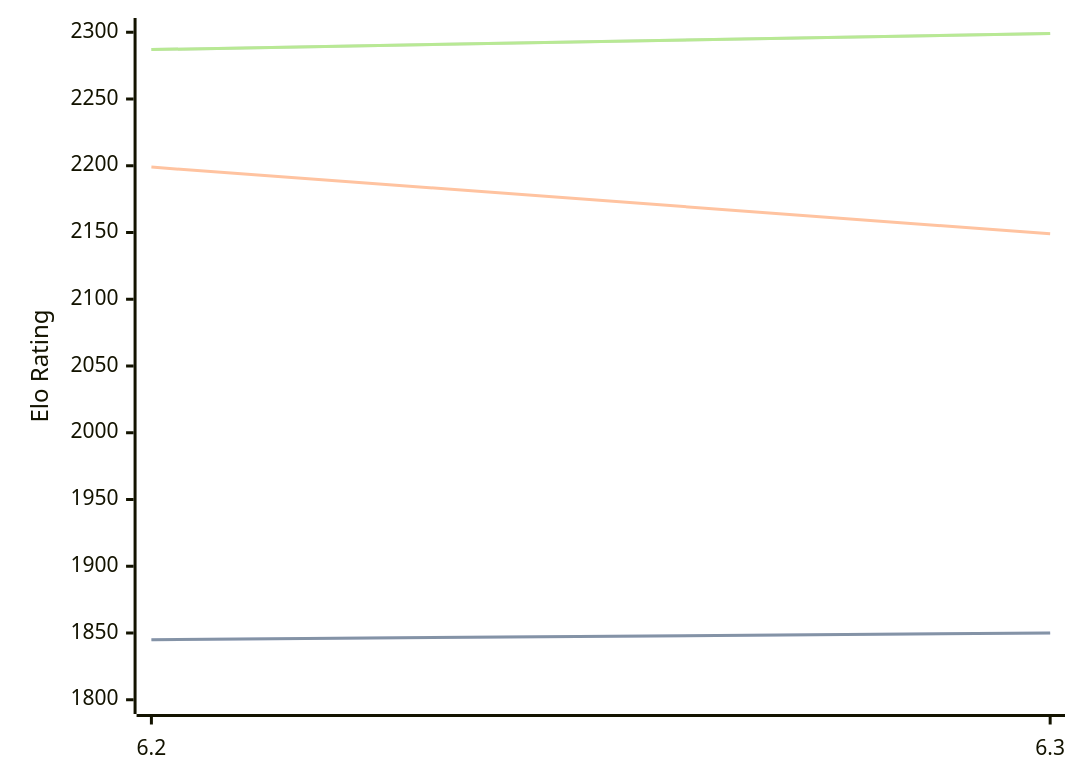
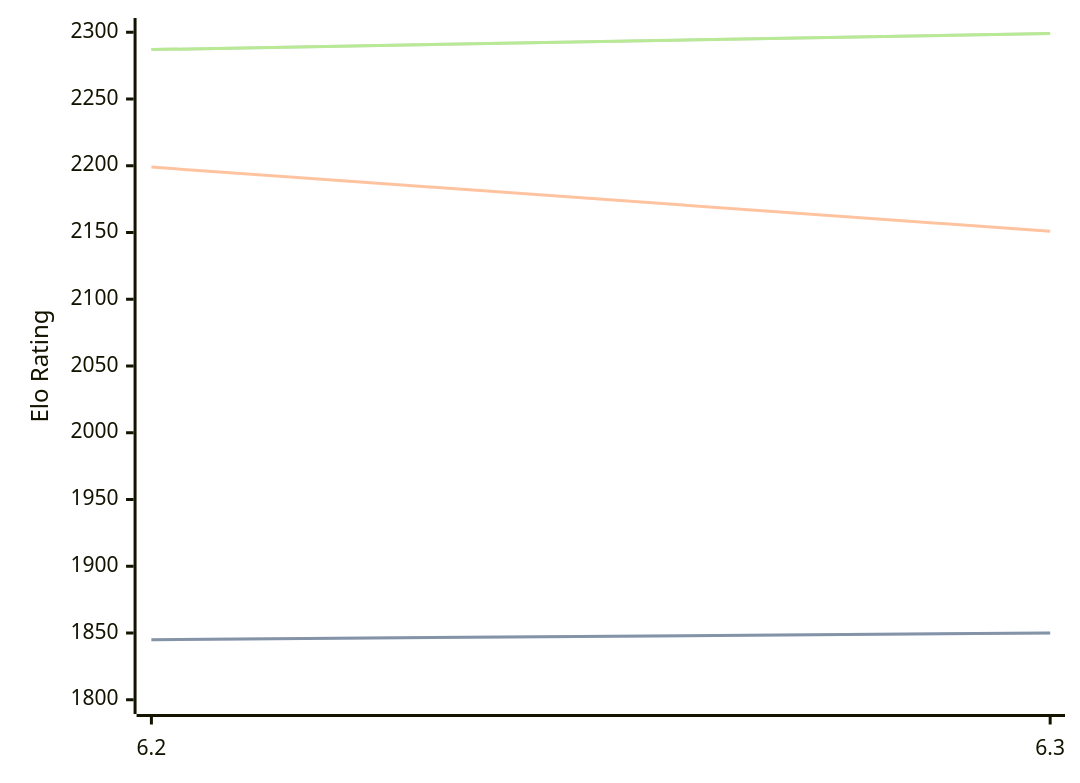
One commit to computer-chess-index/cci changed the first of 3 diagrams in engines/chess4j.md. Above: the diagram before and after it, drawn with Mermaid. The commit also changed other lines of this file, not shown here.

````diff
--- a/engines/chess4j.md
+++ b/engines/chess4j.md
@@ -38,11 +38,11 @@
 ```mermaid
 %%{init: {"theme":"base","themeVariables":{"seriesColors:['#a3a3a3','#222221','#faa371']}}}%%
 xychart-beta
   x-axis ["6.2", "6.3"]
   y-axis "Elo Rating" 1800 --> 2300
   line "STC (8.0+0.08s)" [1845, 1850]
   line "STC (8.0+0.08s)" [1845, 1850]
-  line "LTC (60.0+0.60s)" [2199, 2149]
+  line "LTC (60.0+0.60s)" [2199, 2151]
   line "VLTC (2m24s+1.12s)" [2287, 2299]
   line "VLTC (2m24s+1.12s)" [2287, 2299]
 ```
````
